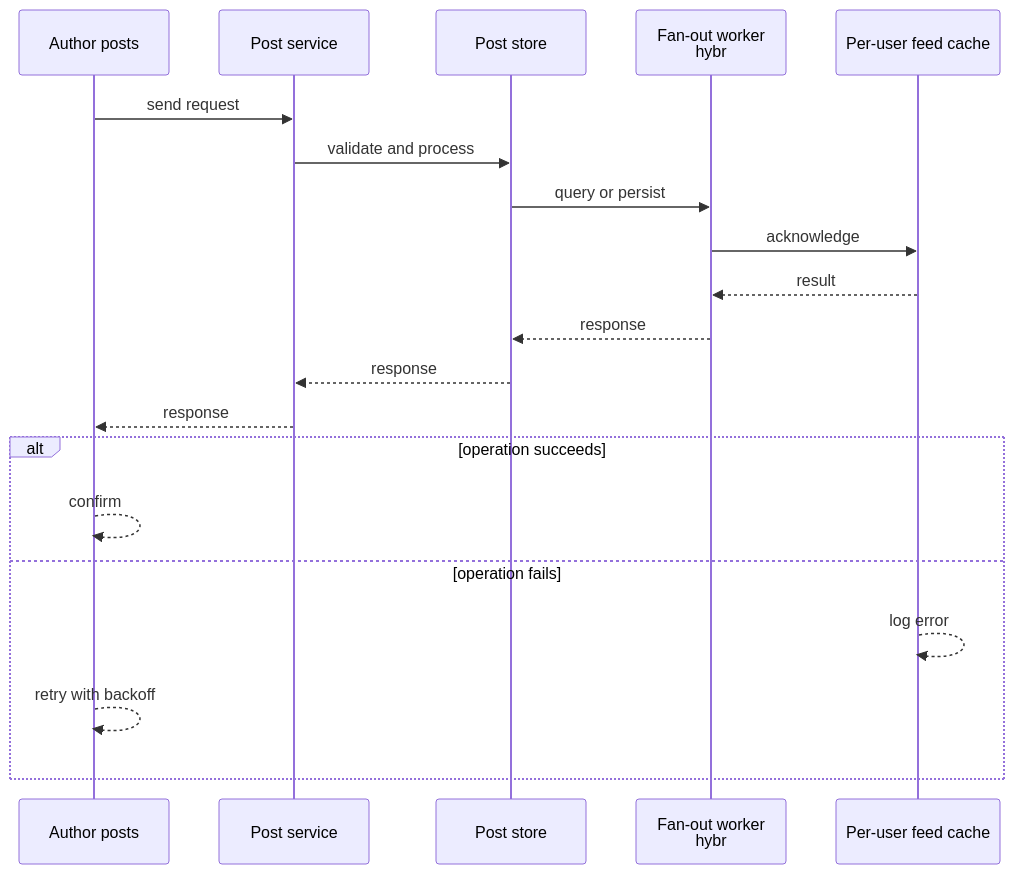
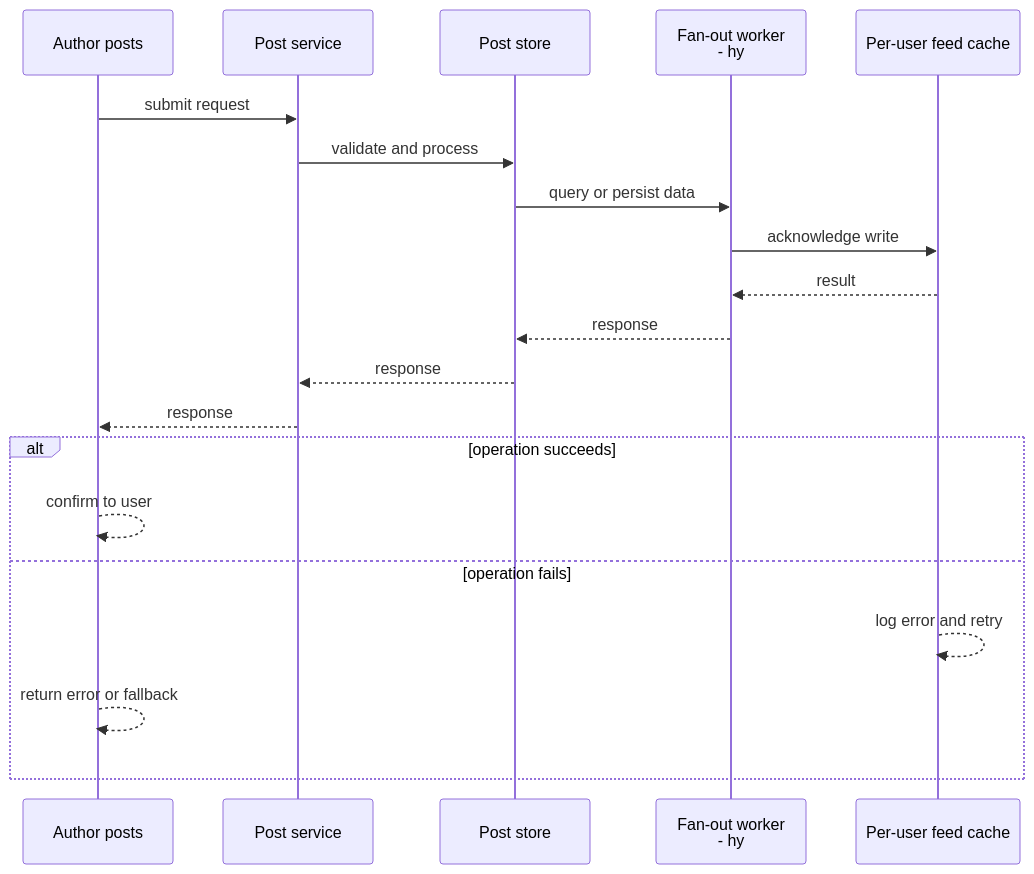
The second of 4 diagrams in case-studies/intermediate/social-media-feed.md (RIT-MESH/system-design-mastery), drawn with Mermaid before and after one commit. The commit also changed other lines of this file and 127 other files, not shown here.

First line of the commit message:
Improve all case study diagrams: case-specific sequences, fix truncated labels

````diff
--- a/case-studies/intermediate/social-media-feed.md
+++ b/case-studies/intermediate/social-media-feed.md
@@ -83,23 +83,23 @@
 ```mermaid
 %% created-for: system-design-mastery
 sequenceDiagram
-  participant C0 as Author posts
-  participant C1 as Post service
-  participant C2 as Post store
-  participant C3 as Fan-out worker<br > hybr
-  participant C4 as Per-user feed cache
-  C0 ->> C1: send request
-  C1 ->> C2: validate and process
-  C2 ->> C3: query or persist
-  C3 ->> C4: acknowledge
-  C4 -->> C3: result
-  C3 -->> C2: response
-  C2 -->> C1: response
-  C1 -->> C0: response
+  participant P0 as Author posts
+  participant P1 as Post service
+  participant P2 as Post store
+  participant P3 as Fan-out worker<br > - hy
+  participant P4 as Per-user feed cache
+  P0 ->> P1: submit request
+  P1 ->> P2: validate and process
+  P2 ->> P3: query or persist data
+  P3 ->> P4: acknowledge write
+  P4 -->> P3: result
+  P3 -->> P2: response
+  P2 -->> P1: response
+  P1 -->> P0: response
   alt operation succeeds
-    C0 -->> C0: confirm
+    P0 -->> P0: confirm to user
   else operation fails
-    C4 -->> C4: log error
-    C0 -->> C0: retry with backoff
+    P4 -->> P4: log error and retry
+    P0 -->> P0: return error or fallback
   end
 ```
````
